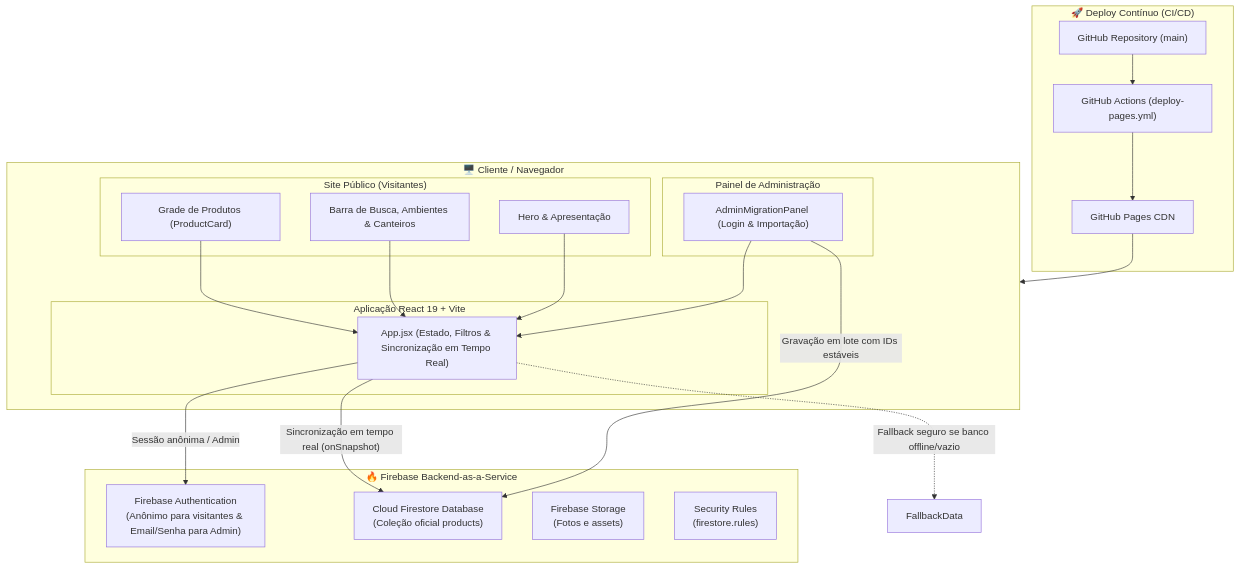
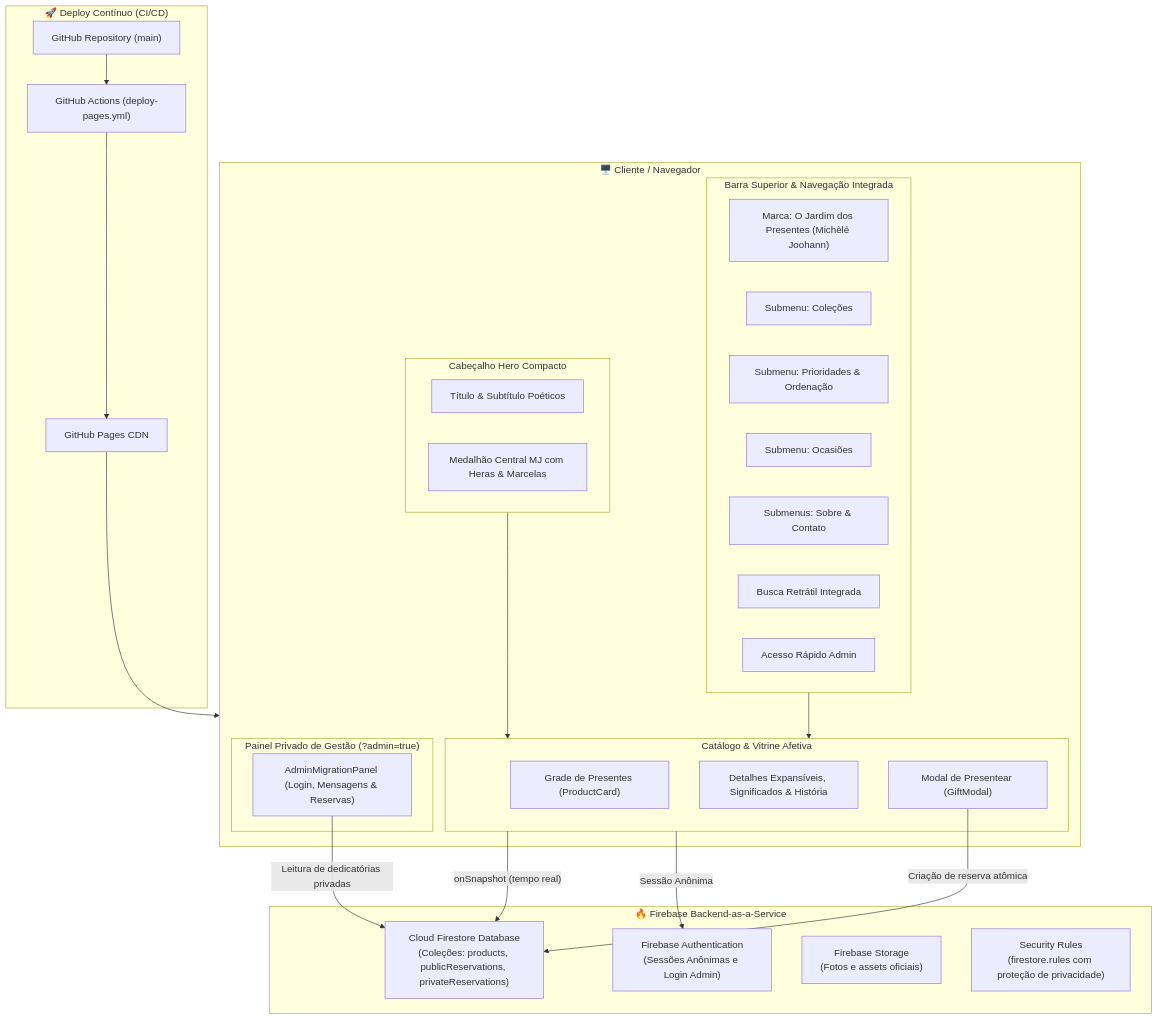
The first of 2 diagrams in README.md (michelejoohann/jardim-dos-presentes), drawn with Mermaid before and after one commit. The commit also changed other lines of this file and 11 other files, not shown here.

Commit message:
feat: atualizar logo para guirlanda Michèlé Joohann e harmonizar folhagens laterais

````diff
--- a/README.md
+++ b/README.md
@@ -12,43 +14,53 @@
 ```mermaid
 graph TB
     subgraph Client ["🖥️ Cliente / Navegador"]
-        subgraph PublicUI ["Site Público (Visitantes)"]
-            Hero["Hero & Apresentação"]
-            Toolbar["Barra de Busca, Ambientes & Canteiros"]
-            Grid["Grade de Produtos (ProductCard)"]
+        subgraph TopNav ["Barra Superior & Navegação Integrada"]
+            Brand["Marca: O Jardim dos Presentes (Michèlé Joohann)"]
+            MenuColecoes["Submenu: Coleções"]
+            MenuPrioridades["Submenu: Prioridades & Ordenação"]
+            MenuOcasioes["Submenu: Ocasiões"]
+            MenuSobreContato["Submenus: Sobre & Contato"]
+            SearchBtn["Busca Retrátil Integrada"]
+            AdminBtn["Acesso Rápido Admin"]
         end
-        subgraph AdminUI ["Painel de Administração"]
-            AdminPanel["AdminMigrationPanel (Login & Importação)"]
+
+        subgraph HeroSection ["Cabeçalho Hero Compacto"]
+            HeroTitle["Título & Subtítulo Poéticos"]
+            Medallion["Medalhão Central MJ com Heras & Marcelas"]
         end
-        subgraph CoreApp ["Aplicação React 19 + Vite"]
-            App["App.jsx (Estado, Filtros & Sincronização em Tempo Real)"]
+
+        subgraph PublicUI ["Catálogo & Vitrine Afetiva"]
+            Grid["Grade de Presentes (ProductCard)"]
+            Details["Detalhes Expansíveis, Significados & História"]
+            GiftModalUI["Modal de Presentear (GiftModal)"]
+        end
+
+        subgraph AdminUI ["Painel Privado de Gestão (?admin=true)"]
+            AdminPanel["AdminMigrationPanel (Login, Mensagens & Reservas)"]
         end
     end
 
     subgraph FirebaseServices ["🔥 Firebase Backend-as-a-Service"]
-        Auth["Firebase Authentication<br/>(Anônimo para visitantes & Email/Senha para Admin)"]
-        Firestore["Cloud Firestore Database<br/>(Coleção oficial products)"]
-        Storage["Firebase Storage<br/>(Fotos e assets)"]
-        Rules["Security Rules<br/>(firestore.rules)"]
+        Auth["Firebase Authentication<br/>(Sessões Anônimas e Login Admin)"]
+        Firestore["Cloud Firestore Database<br/>(Coleções: products, publicReservations, privateReservations)"]
+        Storage["Firebase Storage<br/>(Fotos e assets oficiais)"]
+        Rules["Security Rules<br/>(firestore.rules com proteção de privacidade)"]
     end
 
     subgraph HostingPipeline ["🚀 Deploy Contínuo (CI/CD)"]
         GHRepo["GitHub Repository (main)"]
         GHActions["GitHub Actions (deploy-pages.yml)"]
         GHPages["GitHub Pages CDN"]
     end
 
-    Grid --> App
-    Toolbar --> App
-    Hero --> App
-    AdminPanel --> App
-
-    App -- "Sessão anônima / Admin" --> Auth
-    App -- "Sincronização em tempo real (onSnapshot)" --> Firestore
-    AdminPanel -- "Gravação em lote com IDs estáveis" --> Firestore
-    App -. "Fallback seguro se banco offline/vazio" .-> FallbackData
+    TopNav --> PublicUI
+    HeroSection --> PublicUI
+    PublicUI -- "onSnapshot (tempo real)" --> Firestore
+    PublicUI -- "Sessão Anônima" --> Auth
+    GiftModalUI -- "Criação de reserva atômica" --> Firestore
+    AdminPanel -- "Leitura de dedicatórias privadas" --> Firestore
 
     GHRepo --> GHActions
     GHActions --> GHPages
     GHPages --> Client
 ```
````
